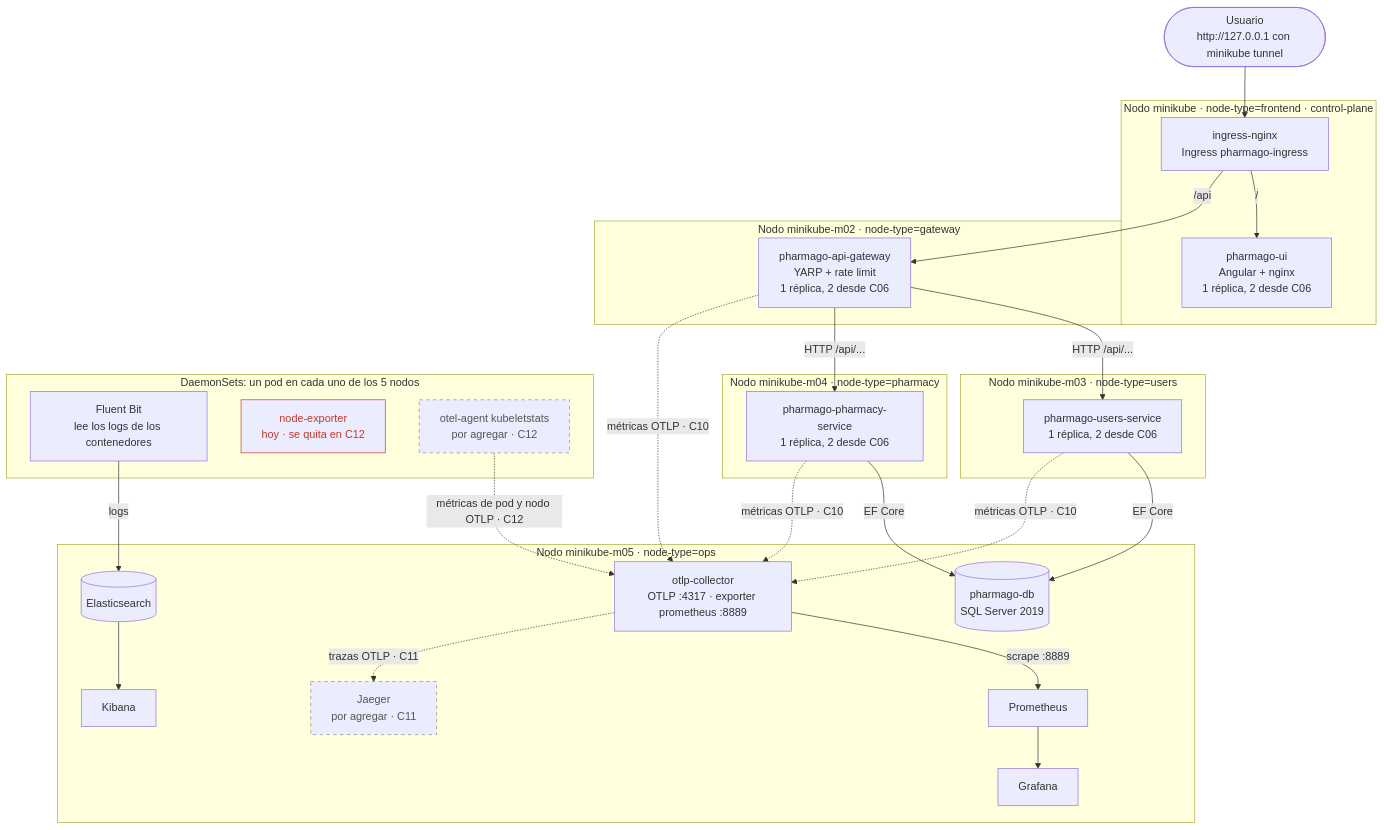
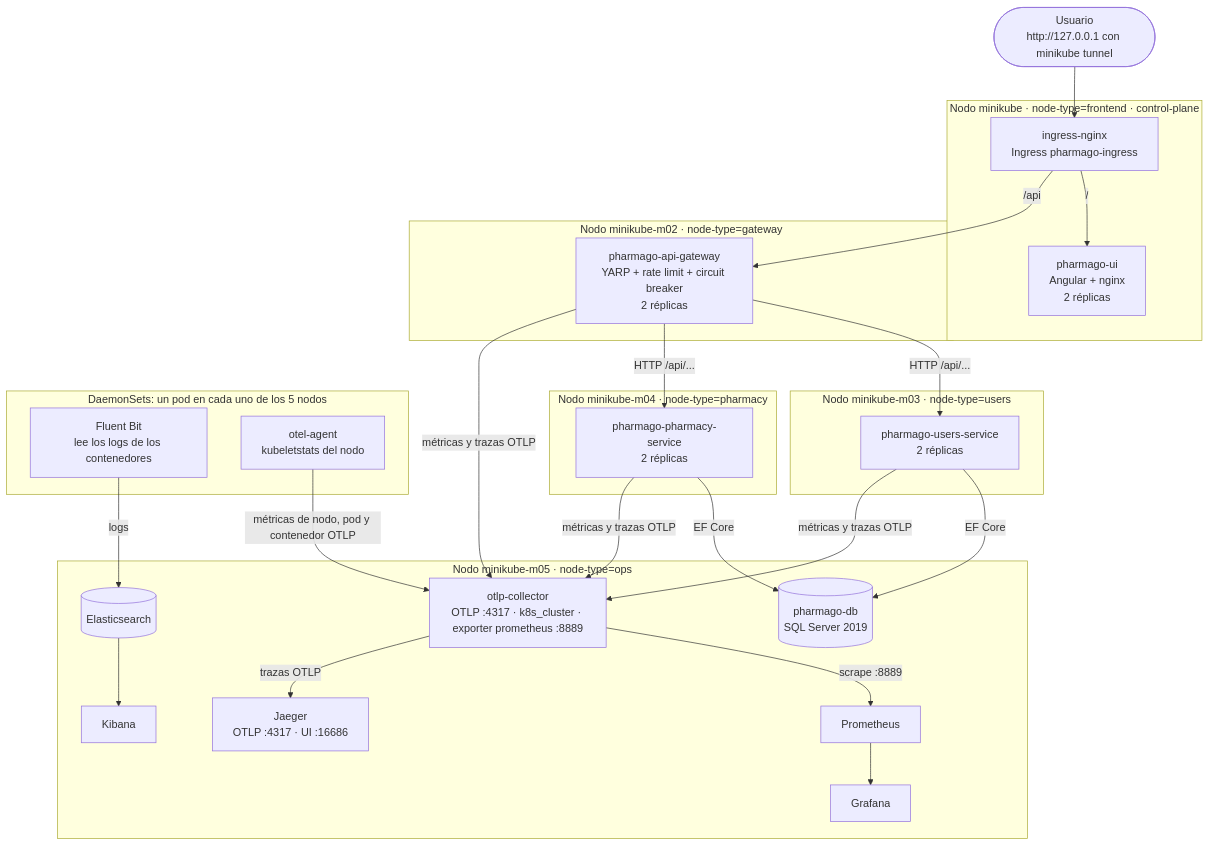
The diagram in docs/diagrama-despliegue.md (NachoAramburu/AIOps---294234-235991-254820), drawn with Mermaid before and after one commit. The commit also changed other lines of this file and 68 other files, not shown here.

First line of the commit message:
C10-C12: métricas por OTLP, trazas con Jaeger y métricas de pod y nodo

````diff
--- a/docs/diagrama-despliegue.md
+++ b/docs/diagrama-despliegue.md
@@ -7,61 +7,55 @@
 ```mermaid
 graph TB
     user(["Usuario<br/>http://127.0.0.1 con minikube tunnel"])
 
     subgraph N1["Nodo minikube · node-type=frontend · control-plane"]
         ingress["ingress-nginx<br/>Ingress pharmago-ingress"]
-        ui["pharmago-ui<br/>Angular + nginx<br/>1 réplica, 2 desde C06"]
+        ui["pharmago-ui<br/>Angular + nginx<br/>2 réplicas"]
     end
 
     subgraph N2["Nodo minikube-m02 · node-type=gateway"]
-        gw["pharmago-api-gateway<br/>YARP + rate limit<br/>1 réplica, 2 desde C06"]
+        gw["pharmago-api-gateway<br/>YARP + rate limit + circuit breaker<br/>2 réplicas"]
     end
 
     subgraph N3["Nodo minikube-m03 · node-type=users"]
-        users["pharmago-users-service<br/>1 réplica, 2 desde C06"]
+        users["pharmago-users-service<br/>2 réplicas"]
     end
 
     subgraph N4["Nodo minikube-m04 · node-type=pharmacy"]
-        pharmacy["pharmago-pharmacy-service<br/>1 réplica, 2 desde C06"]
+        pharmacy["pharmago-pharmacy-service<br/>2 réplicas"]
     end
 
     subgraph N5["Nodo minikube-m05 · node-type=ops"]
         db[("pharmago-db<br/>SQL Server 2019")]
-        collector["otlp-collector<br/>OTLP :4317 · exporter prometheus :8889"]
+        collector["otlp-collector<br/>OTLP :4317 · k8s_cluster · exporter prometheus :8889"]
         prometheus["Prometheus"]
         grafana["Grafana"]
-        jaeger["Jaeger<br/>por agregar · C11"]
+        jaeger["Jaeger<br/>OTLP :4317 · UI :16686"]
         es[("Elasticsearch")]
         kibana["Kibana"]
     end
 
     subgraph DS["DaemonSets: un pod en cada uno de los 5 nodos"]
         fluentbit["Fluent Bit<br/>lee los logs de los contenedores"]
-        nodeexp["node-exporter<br/>hoy · se quita en C12"]
-        otelagent["otel-agent kubeletstats<br/>por agregar · C12"]
+        otelagent["otel-agent<br/>kubeletstats del nodo"]
     end
 
     user --> ingress
     ingress -- "/" --> ui
     ingress -- "/api" --> gw
     gw -- "HTTP /api/..." --> users
     gw -- "HTTP /api/..." --> pharmacy
     users -- "EF Core" --> db
     pharmacy -- "EF Core" --> db
 
-    gw -. "métricas OTLP · C10" .-> collector
-    users -. "métricas OTLP · C10" .-> collector
-    pharmacy -. "métricas OTLP · C10" .-> collector
-    otelagent -. "métricas de pod y nodo OTLP · C12" .-> collector
+    gw -- "métricas y trazas OTLP" --> collector
+    users -- "métricas y trazas OTLP" --> collector
+    pharmacy -- "métricas y trazas OTLP" --> collector
+    otelagent -- "métricas de nodo, pod y contenedor OTLP" --> collector
     collector -- "scrape :8889" --> prometheus
     prometheus --> grafana
-    collector -. "trazas OTLP · C11" .-> jaeger
+    collector -- "trazas OTLP" --> jaeger
 
     fluentbit -- "logs" --> es
     es --> kibana
-
-    classDef pendiente stroke-dasharray: 5 5,stroke:#888,color:#555
-    classDef hoy stroke:#c0392b,color:#c0392b
-    class jaeger,otelagent pendiente
-    class nodeexp hoy
 ```
````
